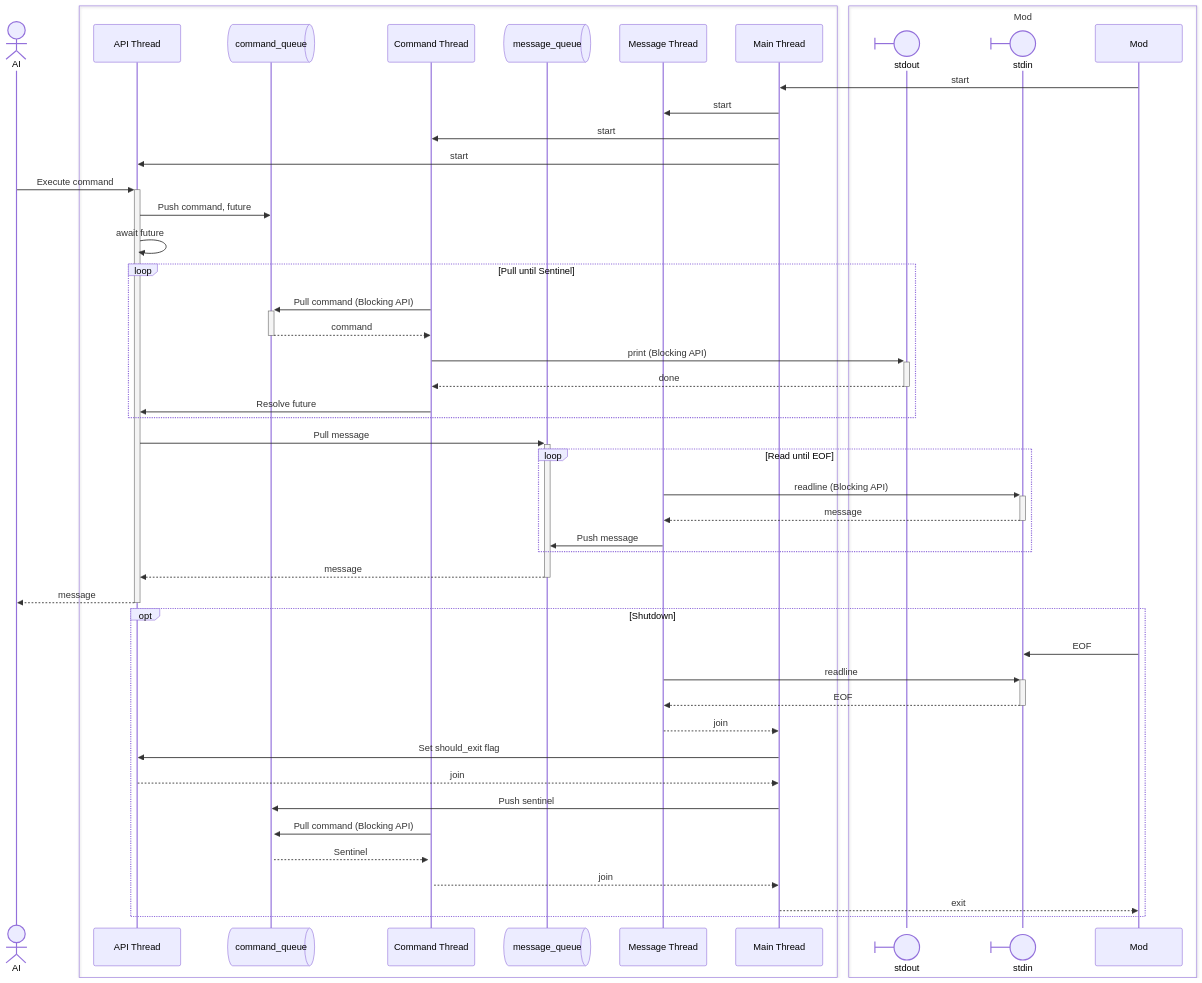
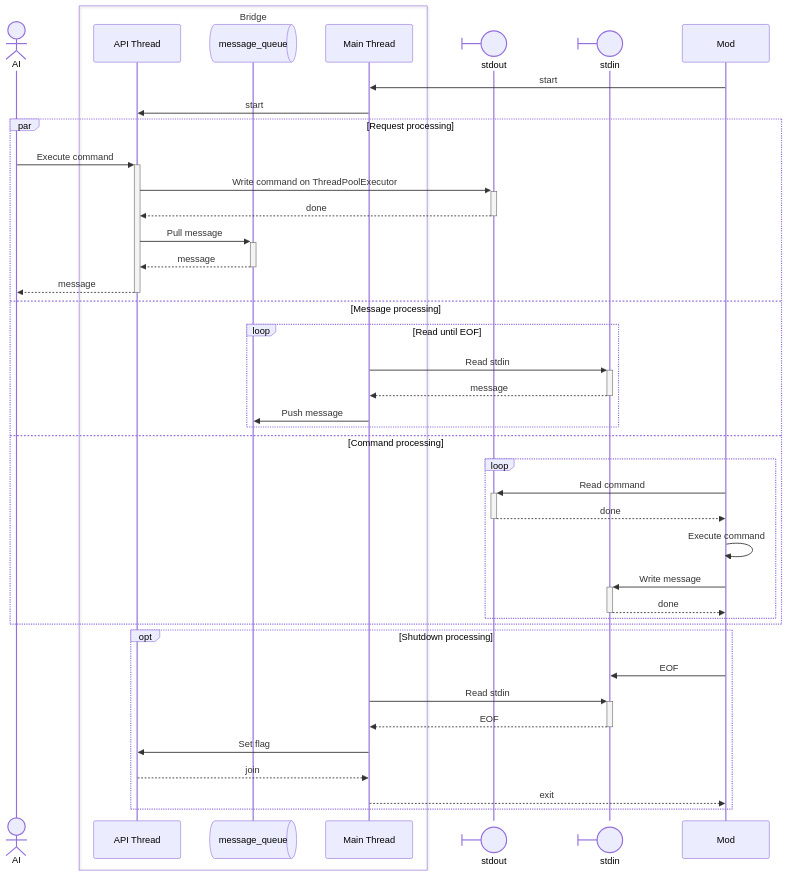
One commit to harryplusplus/ai-plays-slay-the-spire changed the second of 2 diagrams in README.md. Above: the diagram before and after it, drawn with Mermaid. The commit also changed other lines of this file and 5 other files, not shown here.

Commit message:
Refactor bridge package: remove command handling, simplify message processing, and update README for clarity

````diff
--- a/README.md
+++ b/README.md
@@ -87,65 +70,59 @@
 ```mermaid
 sequenceDiagram
 
 actor ai as AI
 
-box
+box Bridge
     participant api as API Thread
-    participant command_queue@{ "type" : "queue" }
-    participant cmd as Command Thread
     participant message_queue@{ "type" : "queue" }
-    participant msg as Message Thread
     participant main as Main Thread
 end
 
-box Mod
-    participant stdout@{ "type" : "boundary" }
-    participant stdin@{ "type" : "boundary" }
-    participant mod as Mod
+participant stdout@{ "type" : "boundary" }
+participant stdin@{ "type" : "boundary" }
+
+participant mod as Mod
+
+mod->>main: start
+main->>api: start
+
+par Request processing
+    ai->>+api: Execute command
+    api->>+stdout: Write command on ThreadPoolExecutor
+    stdout-->>-api: done
+
+    api->>+message_queue: Pull message
+
+    message_queue-->>-api: message
+
+    api-->>-ai: message
+
+and Message processing
+    loop Read until EOF
+
+        main->>+stdin: Read stdin
+        stdin-->>-main: message
+        main->>message_queue: Push message
+    end
+
+and Command processing
+    loop
+        mod->>+stdout: Read command
+        stdout-->>-mod: done
+        mod->>mod: Execute command
+        mod->>+stdin: Write message
+        stdin-->>-mod: done
+    end
 end
 
-mod->>main: start
-main->>msg: start
-main->>cmd: start
-main->>api: start
+opt Shutdown processing
+    mod->>stdin: EOF
+    main->>+stdin: Read stdin
+    stdin-->>-main: EOF
 
-ai->>+api: Execute command
-
-api->>command_queue: Push command, future
-api->>api: await future
-
-loop Pull until Sentinel
-    cmd->>+command_queue: Pull command (Blocking API)
-    command_queue-->>-cmd: command
-
-    cmd->>+stdout: print (Blocking API)
-    stdout-->>-cmd: done
-    cmd->>api: Resolve future
-end
-
-api->>+message_queue: Pull message
-loop Read until EOF
-    msg->>+stdin: readline (Blocking API)
-    stdin-->>-msg: message
-    msg->>message_queue: Push message
-end
-message_queue-->>-api: message
-
-api-->>-ai: message
-
-opt Shutdown
-    mod->>stdin: EOF
-    msg->>+stdin: readline
-    stdin-->>-msg: EOF
-    msg-->>main: join
-
-    main->>api: Set should_exit flag
+    main->>api: Set flag
     api-->>main: join
 
-    main->>command_queue: Push sentinel
-    cmd->>+command_queue: Pull command (Blocking API)
-    command_queue-->>+cmd: Sentinel
-    cmd-->>main: join
     main-->>mod: exit
 end
 ```
````
